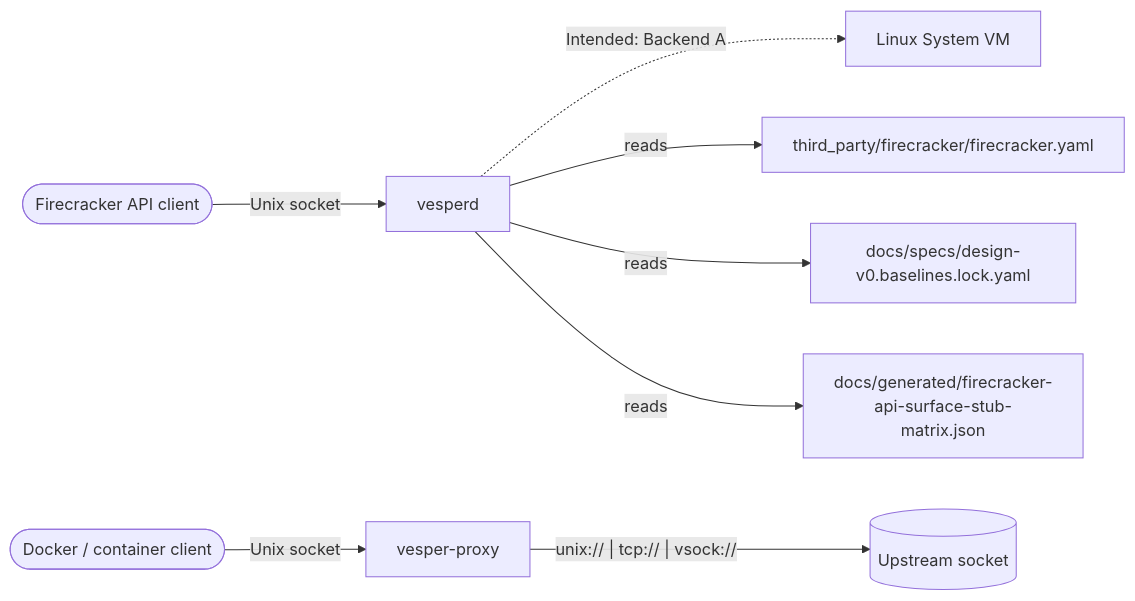
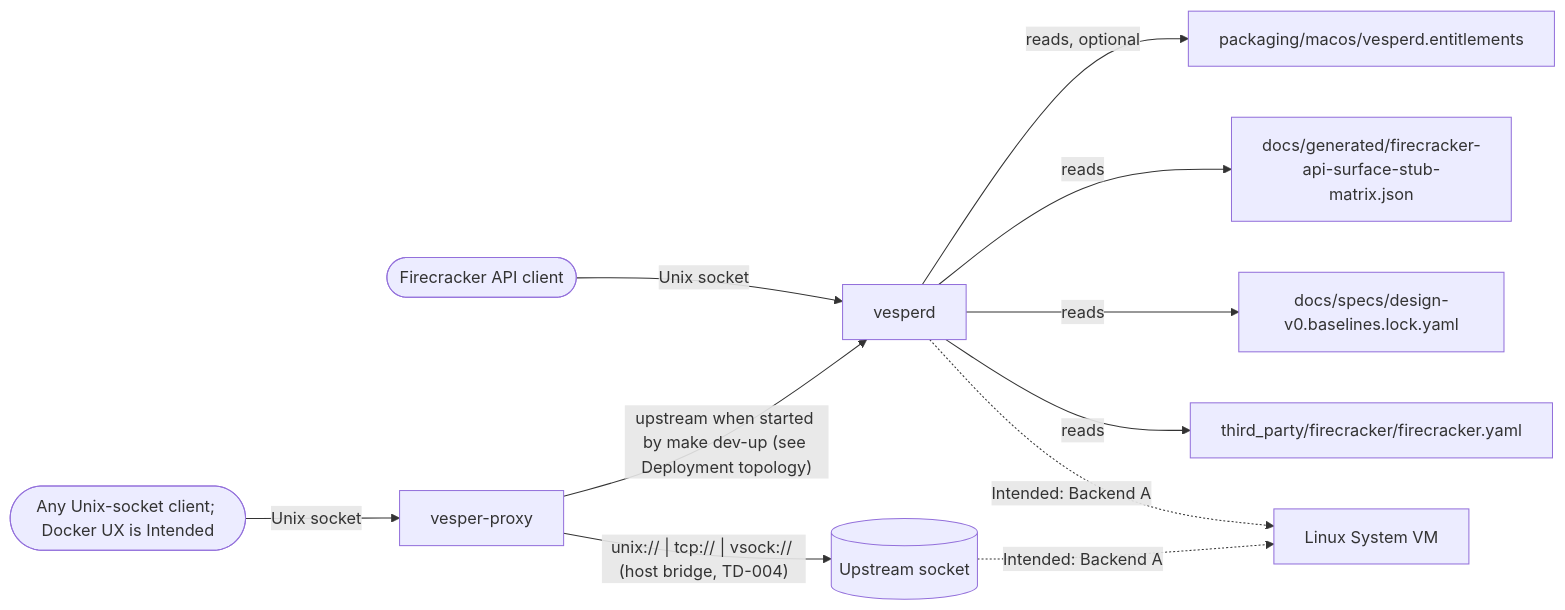
Before and after one commit to cityhunteur/vesper: the first of 3 diagrams in ARCHITECTURE.md, drawn with Mermaid. The commit also changed other lines of this file and 1 other file, not shown here.

First line of the commit message:
docs(architecture): sharpen ARCHITECTURE.md through four Goldfish review rounds

````diff
--- a/ARCHITECTURE.md
+++ b/ARCHITECTURE.md
@@ -35,10 +52,13 @@
 ```mermaid
 flowchart LR
   client([Firecracker API client]) -- Unix socket --> vesperd[vesperd]
-  docker([Docker / container client]) -- Unix socket --> proxy[vesper-proxy]
-  proxy -- "unix:// | tcp:// | vsock://" --> upstream[(Upstream socket)]
-  vesperd -. Intended: Backend A .-> sysvm[Linux System VM]
+  docker([Any Unix-socket client; Docker UX is Intended]) -- Unix socket --> proxy[vesper-proxy]
+  proxy -- "unix:// | tcp:// | vsock:// (host bridge, TD-004)" --> upstream[(Upstream socket)]
+  proxy -- "upstream when started by make dev-up (see Deployment topology)" --> vesperd
+  upstream -. Intended: Backend A .-> sysvm[Linux System VM]
+  vesperd -. Intended: Backend A .-> sysvm
   vesperd -- reads --> spec[third_party/firecracker/firecracker.yaml]
   vesperd -- reads --> lock[docs/specs/design-v0.baselines.lock.yaml]
   vesperd -- reads --> matrix[docs/generated/firecracker-api-surface-stub-matrix.json]
+  vesperd -- "reads, optional" --> ent[packaging/macos/vesperd.entitlements]
 ```
````
